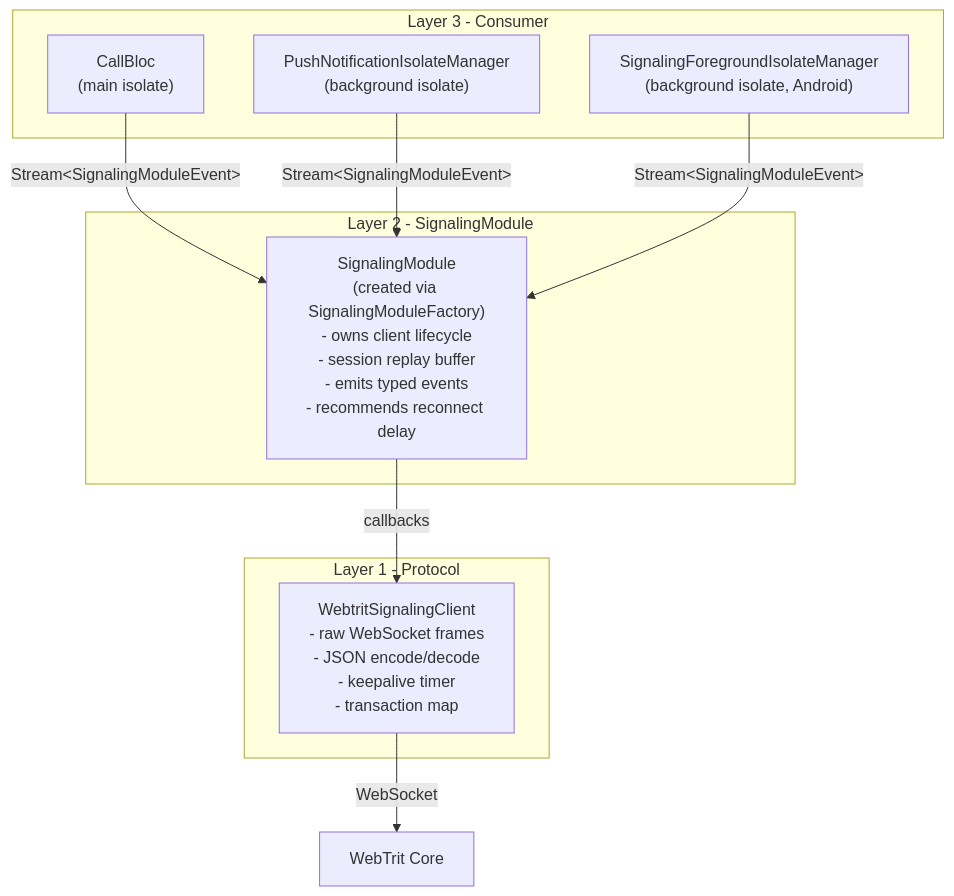
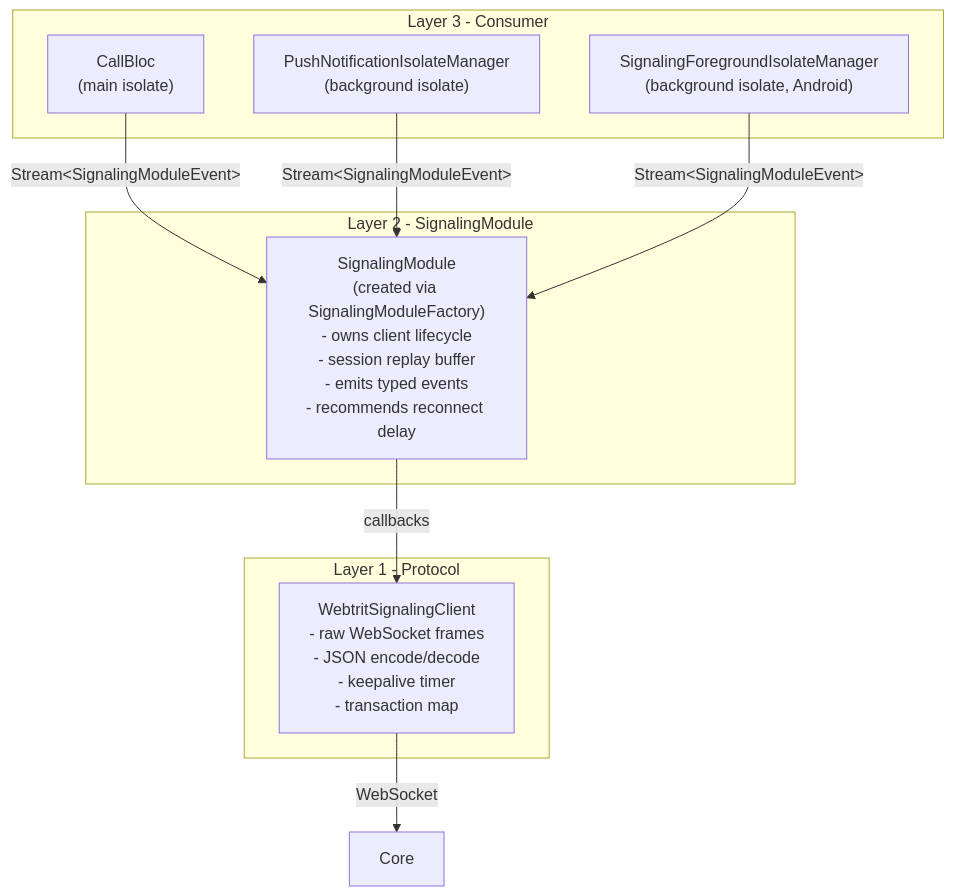
Before and after one commit to portaone/porta-phone-mobile-app: the second of 6 diagrams in phone/packages/signaling_service/ARCHITECTURE.md, drawn with Mermaid. The commit also changed other lines of this file and 17 other files, not shown here.

````diff
--- a/phone/packages/signaling_service/ARCHITECTURE.md
+++ b/phone/packages/signaling_service/ARCHITECTURE.md
@@ -40,20 +40,20 @@
 ```mermaid
 graph TD
     subgraph "Layer 3 - Consumer"
         CB["CallBloc\n(main isolate)"]
         PIM["PushNotificationIsolateManager\n(background isolate)"]
         SFIM["SignalingForegroundIsolateManager\n(background isolate, Android)"]
     end
 
     subgraph "Layer 2 - SignalingModule"
         SM["SignalingModule\n(created via SignalingModuleFactory)\n- owns client lifecycle\n- session replay buffer\n- emits typed events\n- recommends reconnect delay"]
     end
 
     subgraph "Layer 1 - Protocol"
         WSC["WebtritSignalingClient\n- raw WebSocket frames\n- JSON encode/decode\n- keepalive timer\n- transaction map"]
     end
 
     CB & PIM & SFIM -->|" Stream&lt;SignalingModuleEvent&gt; "| SM
     SM -->|callbacks| WSC
-    WSC -->|WebSocket| Server["WebTrit Core"]
+    WSC -->|WebSocket| Server["Core"]
 ```
````
